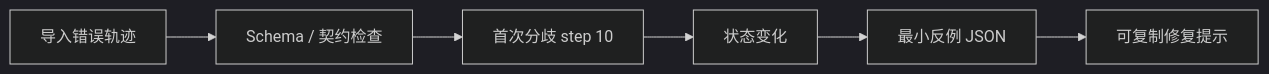
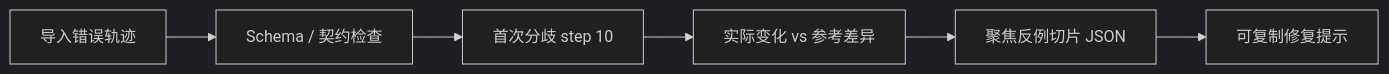
Before and after one commit to shop1111/FrontierLab: the diagram in README.md, drawn with Mermaid (dark theme). The commit also changed other lines of this file and 8 other files, not shown here.

````diff
--- a/README.md
+++ b/README.md
@@ -33,8 +33,8 @@
 ```mermaid
 flowchart LR
   A["导入错误轨迹"] --> B["Schema / 契约检查"]
   B --> C["首次分歧 step 10"]
-  C --> D["状态变化"]
-  D --> E["最小反例 JSON"]
+  C --> D["实际变化 vs 参考差异"]
+  D --> E["聚焦反例切片 JSON"]
   E --> F["可复制修复提示"]
 ```
````
